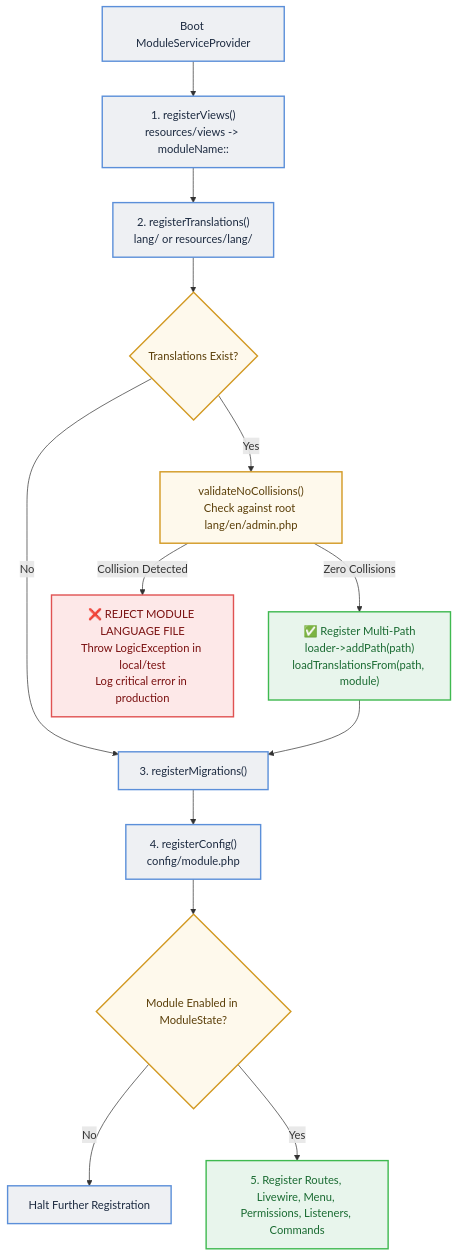
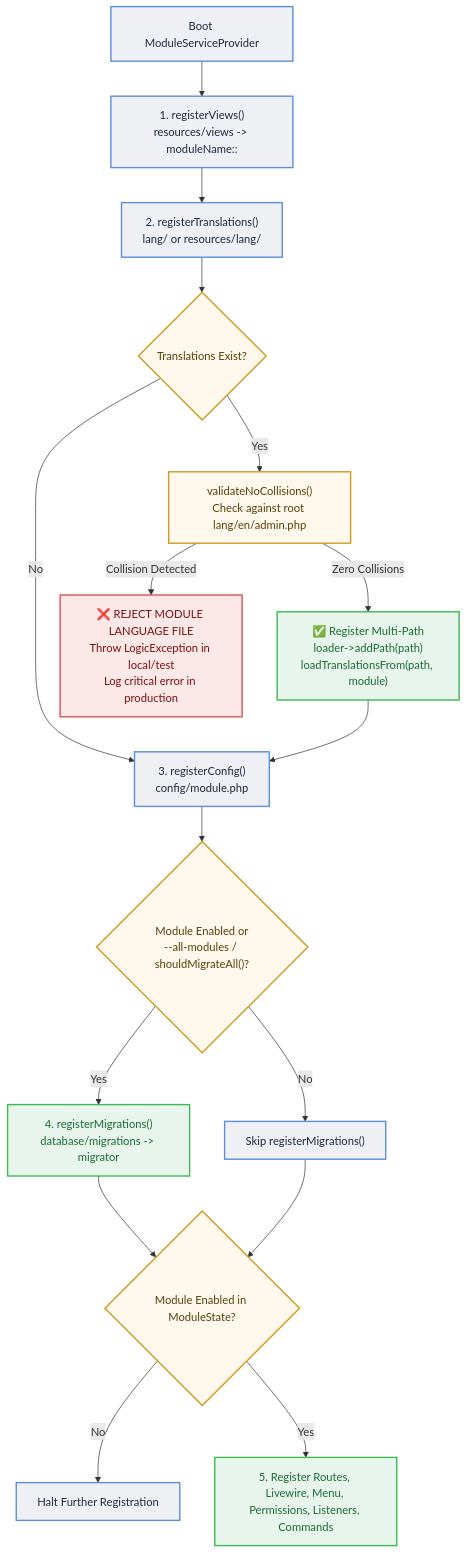
The diagram in docs/modular-architecture.md (tallpbx/tallpbx), drawn with Mermaid before and after one commit. The commit also changed other lines of this file and 6 other files, not shown here.

````diff
--- a/docs/modular-architecture.md
+++ b/docs/modular-architecture.md
@@ -62,23 +62,27 @@
 ```mermaid
 flowchart TD
     classDef step fill:#eef0f3,stroke:#5b8fd9,stroke-width:2px,color:#1c2a40
     classDef guard fill:#fef9ec,stroke:#d29922,stroke-width:2px,color:#5a3e08
     classDef pass fill:#e8f5ec,stroke:#3fb950,stroke-width:2px,color:#1a6b32
     classDef reject fill:#fde8e8,stroke:#e05252,stroke-width:2px,color:#7a1010
 
     A["Boot ModuleServiceProvider"]:::step --> B["1. registerViews()<br/>resources/views -> moduleName::"]:::step
     B --> C["2. registerTranslations()<br/>lang/ or resources/lang/"]:::step
     
     C --> D{"Translations Exist?"}:::guard
-    D -->|No| E["3. registerMigrations()"]:::step
+    D -->|No| E["3. registerConfig()<br/>config/module.php"]:::step
     D -->|Yes| F["validateNoCollisions()<br/>Check against root lang/en/admin.php"]:::guard
     
     F -->|Collision Detected| G["❌ REJECT MODULE LANGUAGE FILE<br/>Throw LogicException in local/test<br/>Log critical error in production"]:::reject
     F -->|Zero Collisions| H["✅ Register Multi-Path<br/>loader->addPath(path)<br/>loadTranslationsFrom(path, module)"]:::pass
     
     H --> E
-    E --> I["4. registerConfig()<br/>config/module.php"]:::step
-    I --> J{"Module Enabled in ModuleState?"}:::guard
-    J -->|No| K["Halt Further Registration"]:::step
-    J -->|Yes| L["5. Register Routes, Livewire, Menu, Permissions, Listeners, Commands"]:::pass
+    E --> I{"Module Enabled or<br/>--all-modules / shouldMigrateAll()?"}:::guard
+    I -->|Yes| J["4. registerMigrations()<br/>database/migrations -> migrator"]:::pass
+    I -->|No| K["Skip registerMigrations()"]:::step
+    
+    J --> L{"Module Enabled in ModuleState?"}:::guard
+    K --> L
+    L -->|No| M["Halt Further Registration"]:::step
+    L -->|Yes| N["5. Register Routes, Livewire, Menu, Permissions, Listeners, Commands"]:::pass
 ```
````
